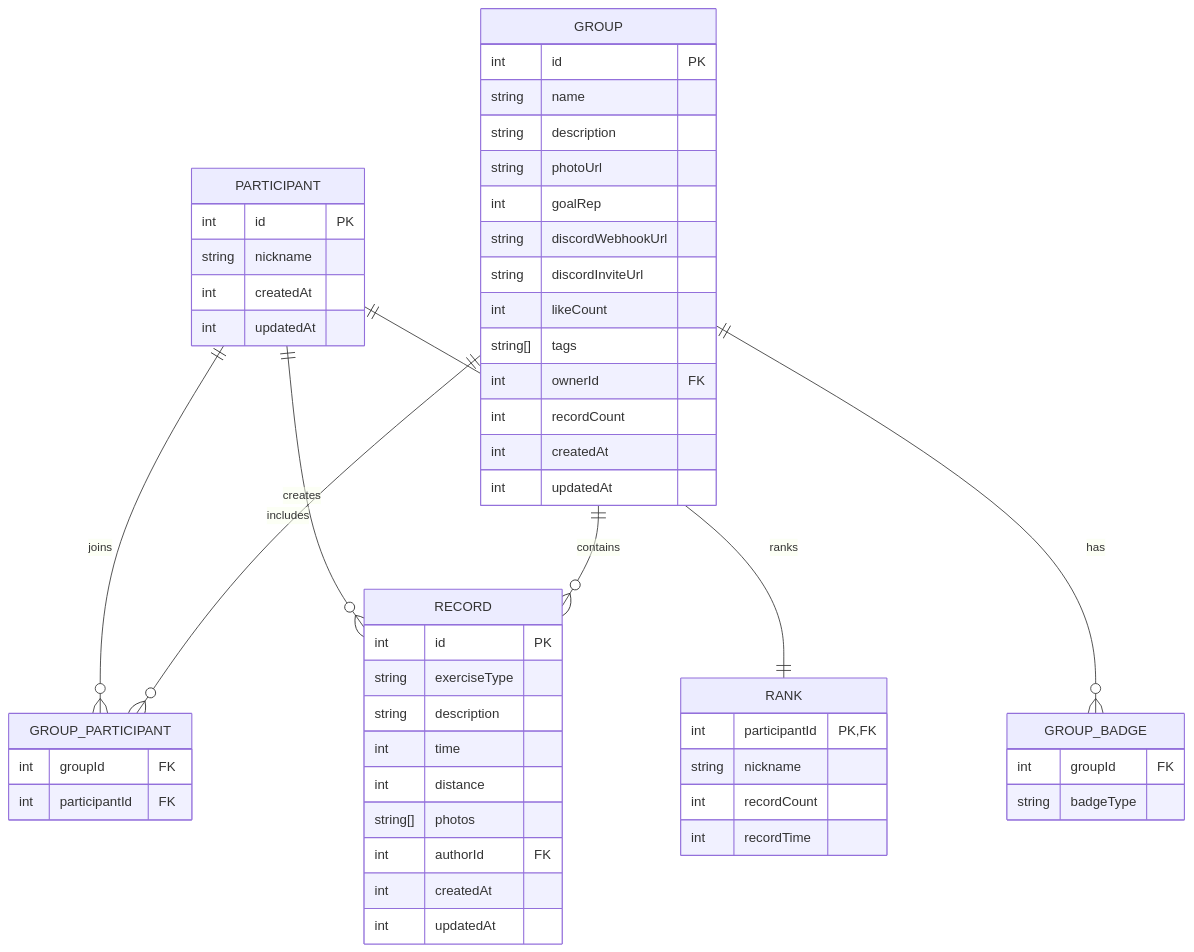
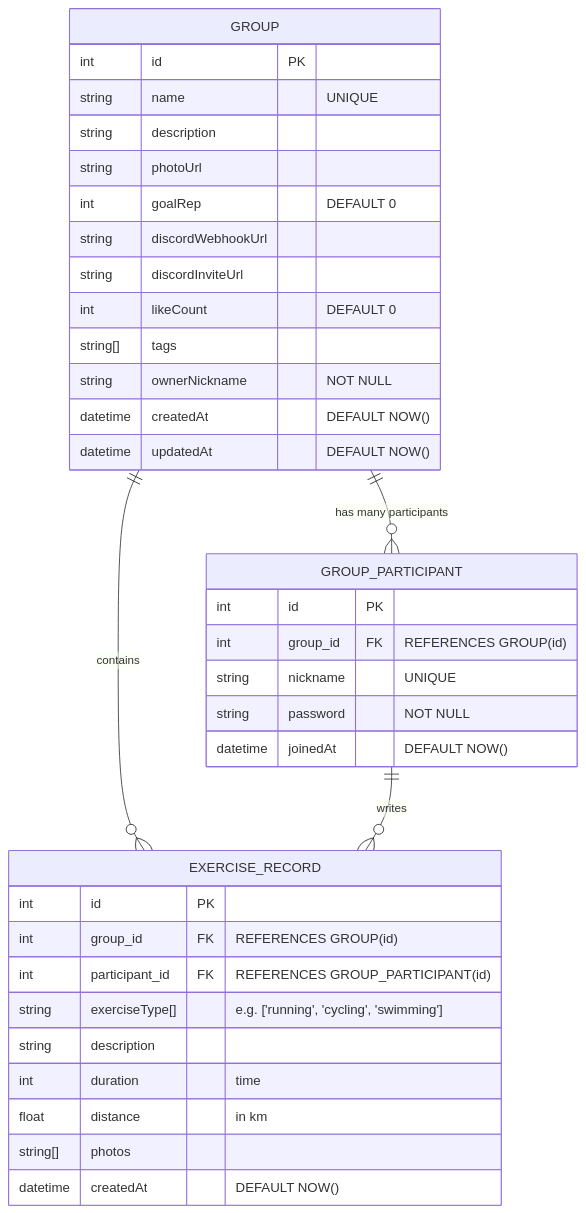
One commit to funfungun/mermaid changed the diagram in README.md. Above: the diagram before and after it, drawn with Mermaid.

````diff
--- a/README.md
+++ b/README.md
@@ -1,61 +1,42 @@
 ```mermaid
 erDiagram
-  PARTICIPANT {
-    int id PK
-    string nickname
-    int createdAt
-    int updatedAt
-  }
-  
-  GROUP {
-    int id PK
-    string name
-    string description
-    string photoUrl
-    int goalRep
-    string discordWebhookUrl
-    string discordInviteUrl
-    int likeCount
-    string[] tags
-    int ownerId FK
-    int recordCount
-    int createdAt
-    int updatedAt
-  }
-  
-  RECORD {
-    int id PK
-    string exerciseType
-    string description
-    int time
-    int distance
-    string[] photos
-    int authorId FK
-    int createdAt
-    int updatedAt
-  }
-  
-  RANK {
-    int participantId PK, FK
-    string nickname
-    int recordCount
-    int recordTime
-  }
-  
-  GROUP_PARTICIPANT {
-    int groupId FK
-    int participantId FK
-  }
-  
-  GROUP_BADGE {
-    int groupId FK
-    string badgeType
-  }
-  
-  PARTICIPANT ||--o{ GROUP_PARTICIPANT : joins
-  GROUP ||--o{ GROUP_PARTICIPANT : includes
-  PARTICIPANT ||--o{ RECORD : creates
-  GROUP ||--o{ RECORD : contains
-  PARTICIPANT ||--|| RANK : ranks
-  GROUP ||--o{ GROUP_BADGE : has
+    GROUP {
+        int id PK
+        string name "UNIQUE"
+        string description
+        string photoUrl
+        int goalRep "DEFAULT 0"
+        string discordWebhookUrl
+        string discordInviteUrl
+        int likeCount "DEFAULT 0"
+        string[] tags
+        string ownerNickname "NOT NULL"
+        datetime createdAt "DEFAULT NOW()"
+        datetime updatedAt "DEFAULT NOW()"
+    }
+
+    GROUP_PARTICIPANT {
+        int id PK
+        int group_id FK "REFERENCES GROUP(id)"
+        string nickname "UNIQUE"
+        string password "NOT NULL"
+        datetime joinedAt "DEFAULT NOW()"
+    }
+
+    GROUP ||--o{ GROUP_PARTICIPANT : "has many participants"
+
+    EXERCISE_RECORD {
+        int id PK
+        int group_id FK "REFERENCES GROUP(id)"
+        int participant_id FK "REFERENCES GROUP_PARTICIPANT(id)"
+        string exerciseType[] "e.g. ['running', 'cycling', 'swimming']"
+        string description
+        int duration "time"
+        float distance "in km"
+        string[] photos
+        datetime createdAt "DEFAULT NOW()"
+    }
+
+    GROUP ||--o{ EXERCISE_RECORD : "contains"
+    GROUP_PARTICIPANT ||--o{ EXERCISE_RECORD : "writes"
 ```
````
